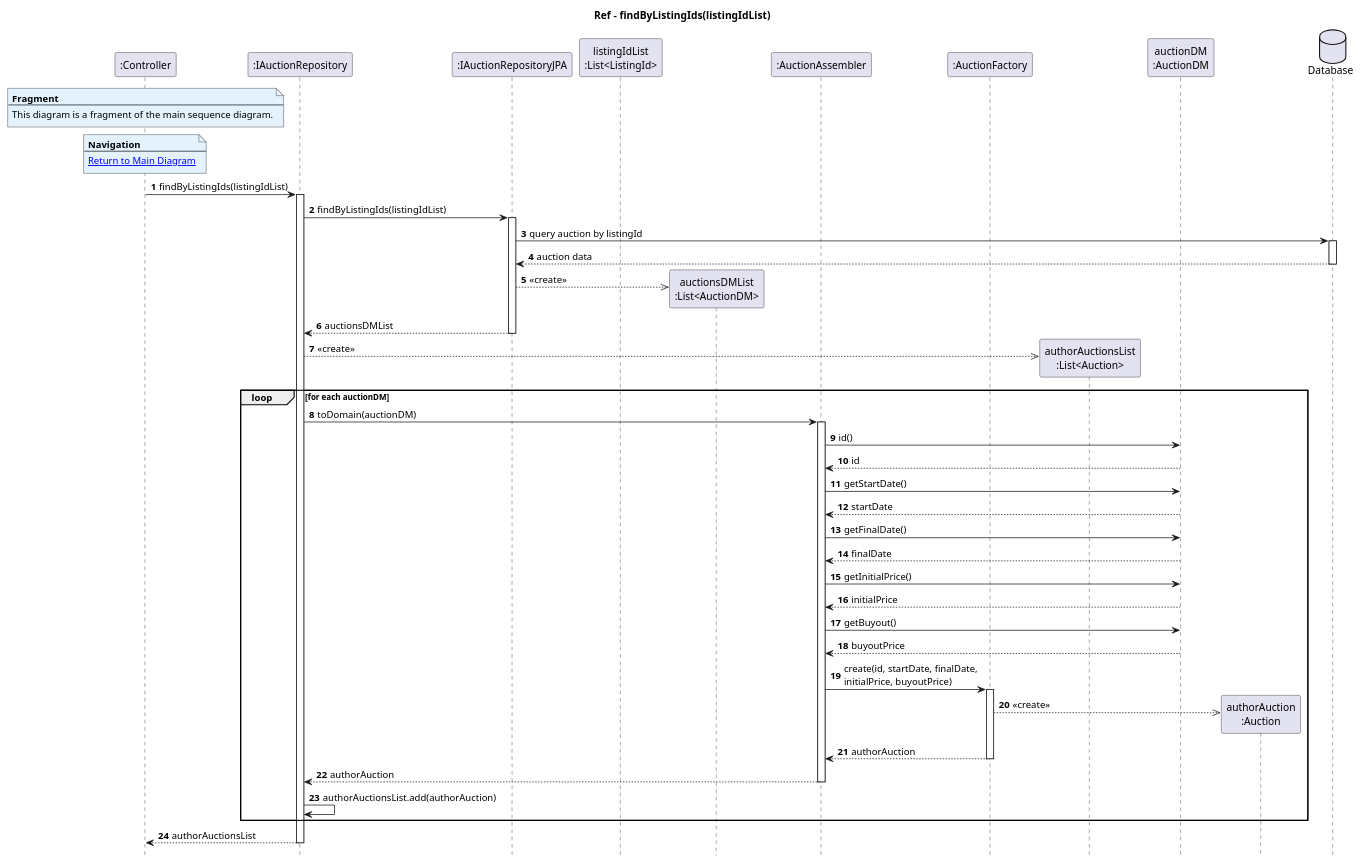
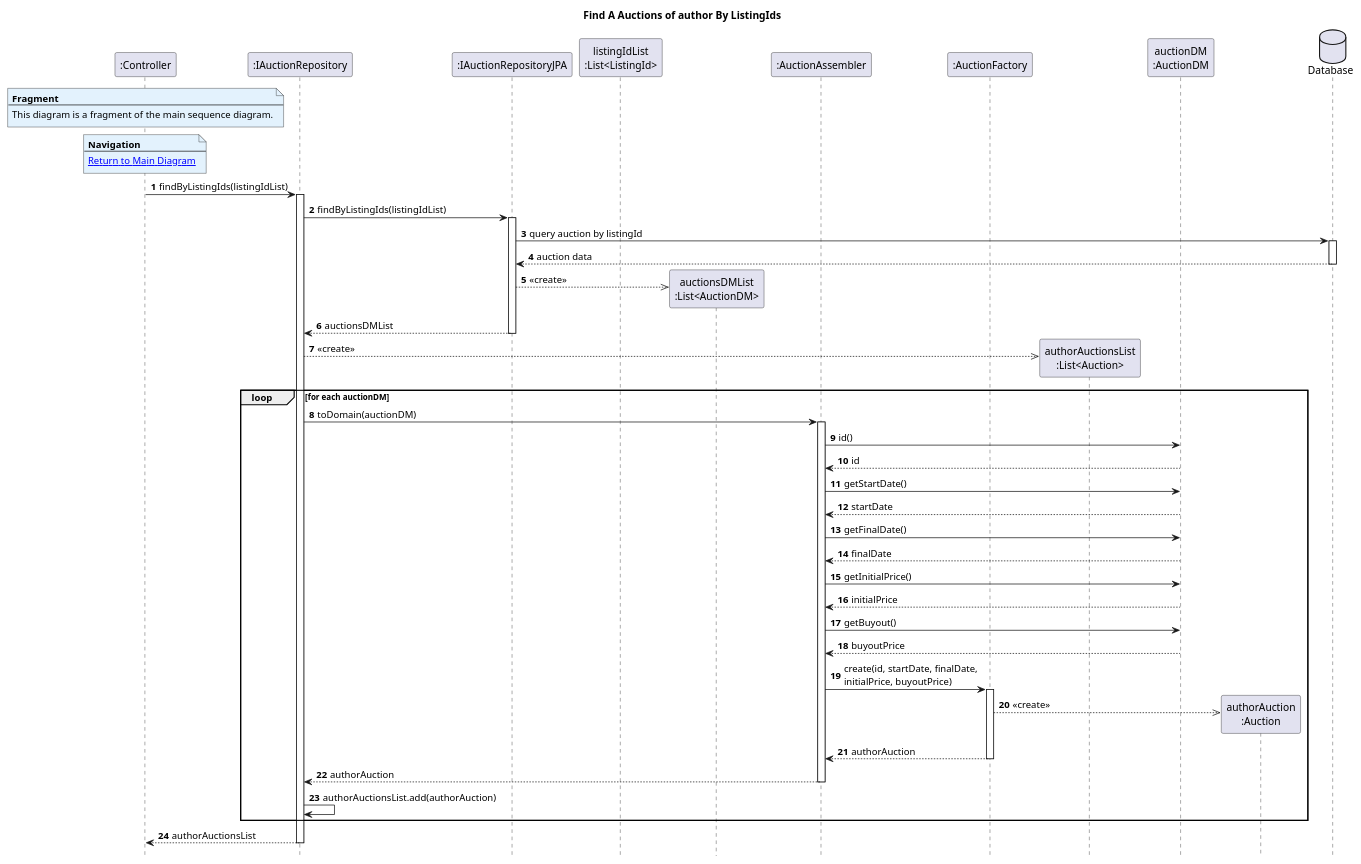
The diagram in Diagrams/SequenceDiagrams/N2/To-get-list-of-items-in-auction-of-a-given-author/6.FindAuctionsByListingIds.puml (AndrePereiraGitH/SWitCH-Project-Team_A), drawn with PlantUML before and after one commit. The commit also changed 3 other files, not shown here.

Commit message:
fix #702: rename diagrams

```diff
--- a/Diagrams/SequenceDiagrams/N2/To-get-list-of-items-in-auction-of-a-given-author/6.FindAuctionsByListingIds.puml
+++ b/Diagrams/SequenceDiagrams/N2/To-get-list-of-items-in-auction-of-a-given-author/6.FindAuctionsByListingIds.puml
@@ -1,81 +1,81 @@
 @startuml
 hide footbox
 autonumber
-title Ref - findByListingIds(listingIdList)
+title Find A Auctions of author By ListingIds
 
 participant ":Controller" as Ctrl
 participant ":IAuctionRepository" as auctionRepository
 participant ":IAuctionRepositoryJPA" as auctionRepoJPA
 participant "listingIdList\n:List<ListingId>" as listingIdList
 participant "auctionsDMList\n:List<AuctionDM>" as auctionsDMList
 participant ":AuctionAssembler" as auctionAssembler
 participant ":AuctionFactory" as auctionFactory
 participant "authorAuctionsList\n:List<Auction>" as authorAuctionsList
 participant "auctionDM\n:AuctionDM" as auctionDM
 participant "authorAuction\n:Auction" as authorAuction
 database "Database" as db
 
 note over Ctrl #E3F2FD
 <b>Fragment</b>
 ---
 This diagram is a fragment of the main sequence diagram.
 end note
 
 note over Ctrl #E3F2FD
 <b>Navigation</b>
 ---
 [[1.MainDiagram.puml Return to Main Diagram]]
 end note
 
 Ctrl -> auctionRepository : findByListingIds(listingIdList)
 activate auctionRepository
 
 auctionRepository -> auctionRepoJPA : findByListingIds(listingIdList)
 activate auctionRepoJPA
 
 auctionRepoJPA -> db : query auction by listingId
 activate db
 db --> auctionRepoJPA : auction data
 deactivate db
 
 auctionRepoJPA -->> auctionsDMList ** : <<create>>
 auctionRepoJPA --> auctionRepository : auctionsDMList
 deactivate auctionRepoJPA
 
 auctionRepository -->> authorAuctionsList ** : <<create>>
 
 loop for each auctionDM
     auctionRepository -> auctionAssembler : toDomain(auctionDM)
     activate auctionAssembler
 
     auctionAssembler -> auctionDM : id()
     auctionDM --> auctionAssembler : id
 
     auctionAssembler -> auctionDM : getStartDate()
     auctionDM --> auctionAssembler : startDate
 
     auctionAssembler -> auctionDM : getFinalDate()
     auctionDM --> auctionAssembler : finalDate
 
     auctionAssembler -> auctionDM : getInitialPrice()
     auctionDM --> auctionAssembler : initialPrice
 
     auctionAssembler -> auctionDM : getBuyout()
     auctionDM --> auctionAssembler : buyoutPrice
 
     auctionAssembler -> auctionFactory : create(id, startDate, finalDate,\ninitialPrice, buyoutPrice)
     activate auctionFactory
     auctionFactory -->> authorAuction ** : <<create>>
     auctionFactory --> auctionAssembler : authorAuction
     deactivate auctionFactory
 
     auctionAssembler --> auctionRepository : authorAuction
     deactivate auctionAssembler
 
     auctionRepository -> auctionRepository : authorAuctionsList.add(authorAuction)
 end
 
 auctionRepository --> Ctrl : authorAuctionsList
 deactivate auctionRepository
 
 @enduml
```
